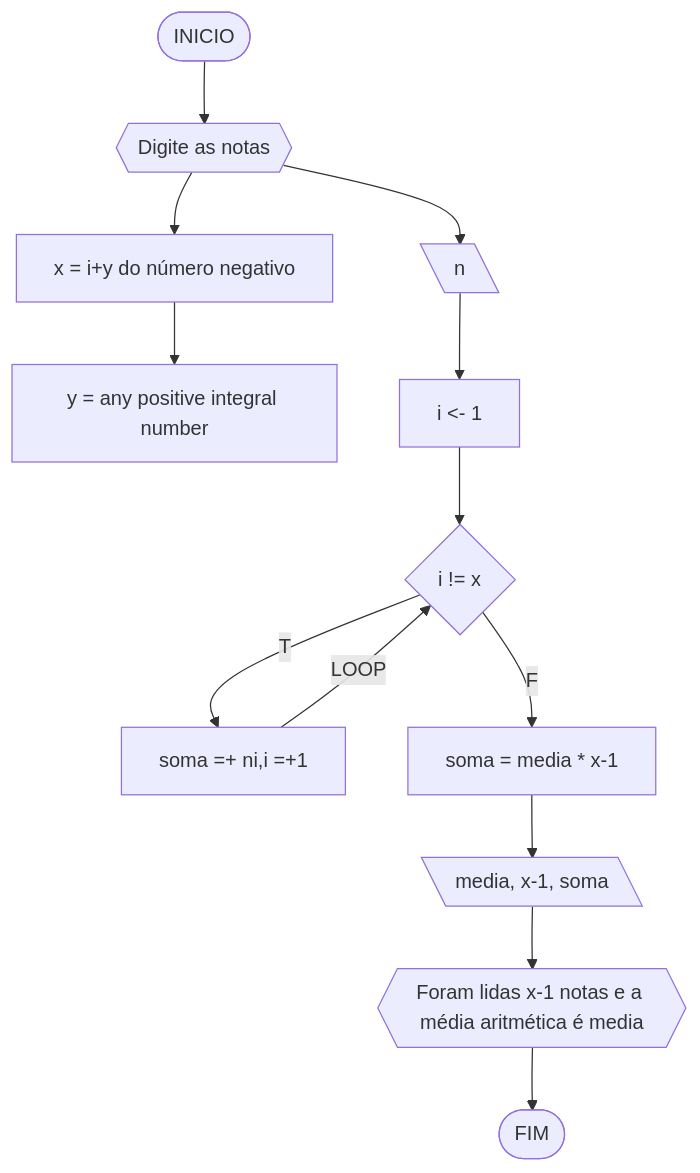
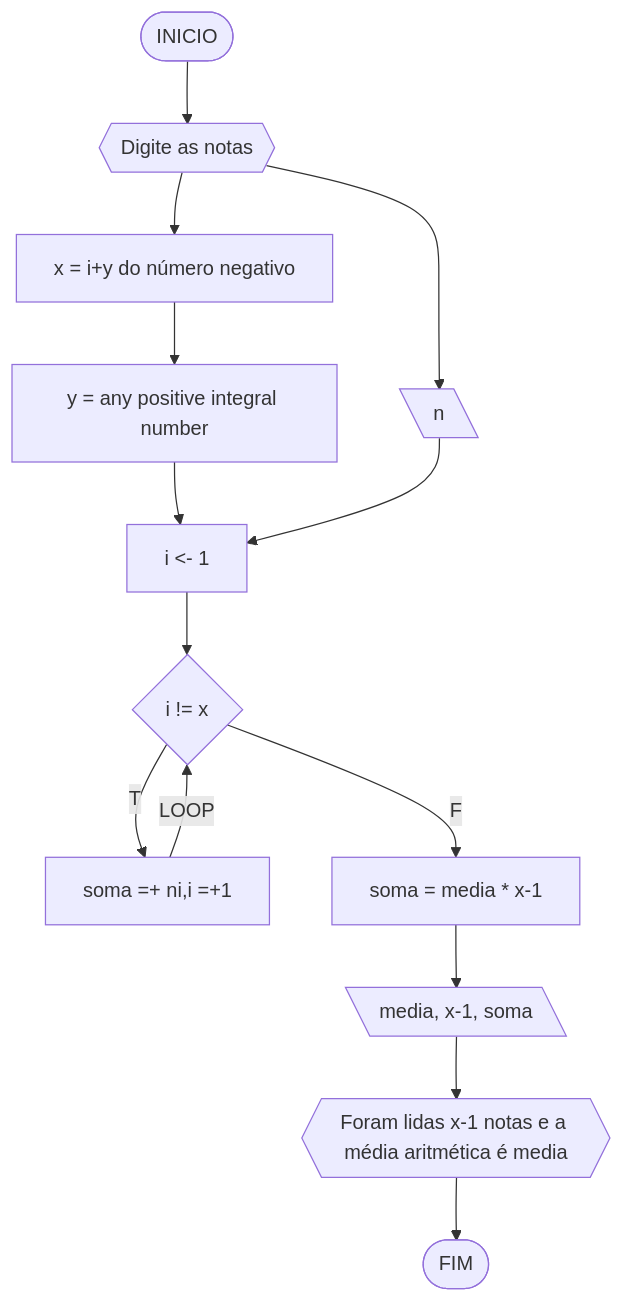
Before and after one commit to MozillaFirefox/UNIFOR: diagram 15 of 23 in Listas&AD1.md, drawn with Mermaid.

````diff
--- a/Listas&AD1.md
+++ b/Listas&AD1.md
@@ -713,16 +713,17 @@
 ```mermaid
 flowchart TD
 A([INICIO]) --> B{{Digite as notas}}
 B-->C[\n\]
 B-->X[ x = i+y do número negativo]
 X-->Z[ y = any positive integral number]
+Z-->D
 C-->D[i <- 1]
 D-->E{i != x}
 E--T-->H[soma =+ ni,i =+1]
 E--F-->G[ soma = media * x-1]
 H--LOOP-->E
 G-->M[\media, x-1, soma\]
 M-->N{{Foram lidas x-1 notas e a média aritmética é media}}
 N-->O([FIM])
 
 ```
````
